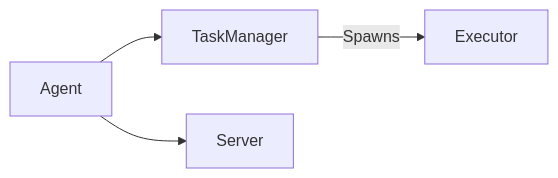
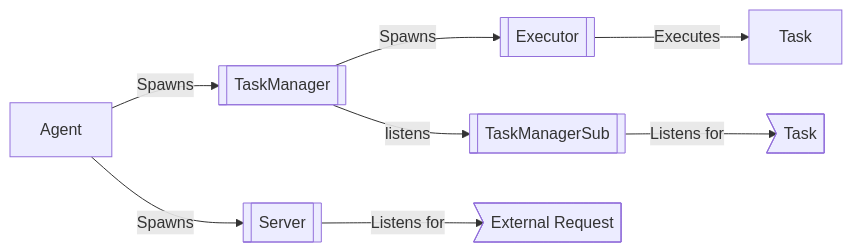
The first of 2 diagrams in cdkr-book/src/principals_vs_agents.md (nicelgueta/cdktr), drawn with Mermaid before and after one commit. The commit also changed other lines of this file and 1 other file, not shown here.

````diff
--- a/cdkr-book/src/principals_vs_agents.md
+++ b/cdkr-book/src/principals_vs_agents.md
@@ -12,6 +12,10 @@
 ```mermaid
 graph LR
-    B[Agent] --> C[TaskManager]
-    C -->|Spawns| D[Executor]
-    B --> E[Server]
+    B[Agent] -->|Spawns| C[[TaskManager]]
+    C -->|Spawns| D[[Executor]]
+    D -->|Executes| I[Task]
+    C -->|listens| E[[TaskManagerSub]]
+    E -->|Listens for| F>Task]
+    B -->|Spawns| G[[Server]]
+    G -->|Listens for| H>External Request]
 ```
````
